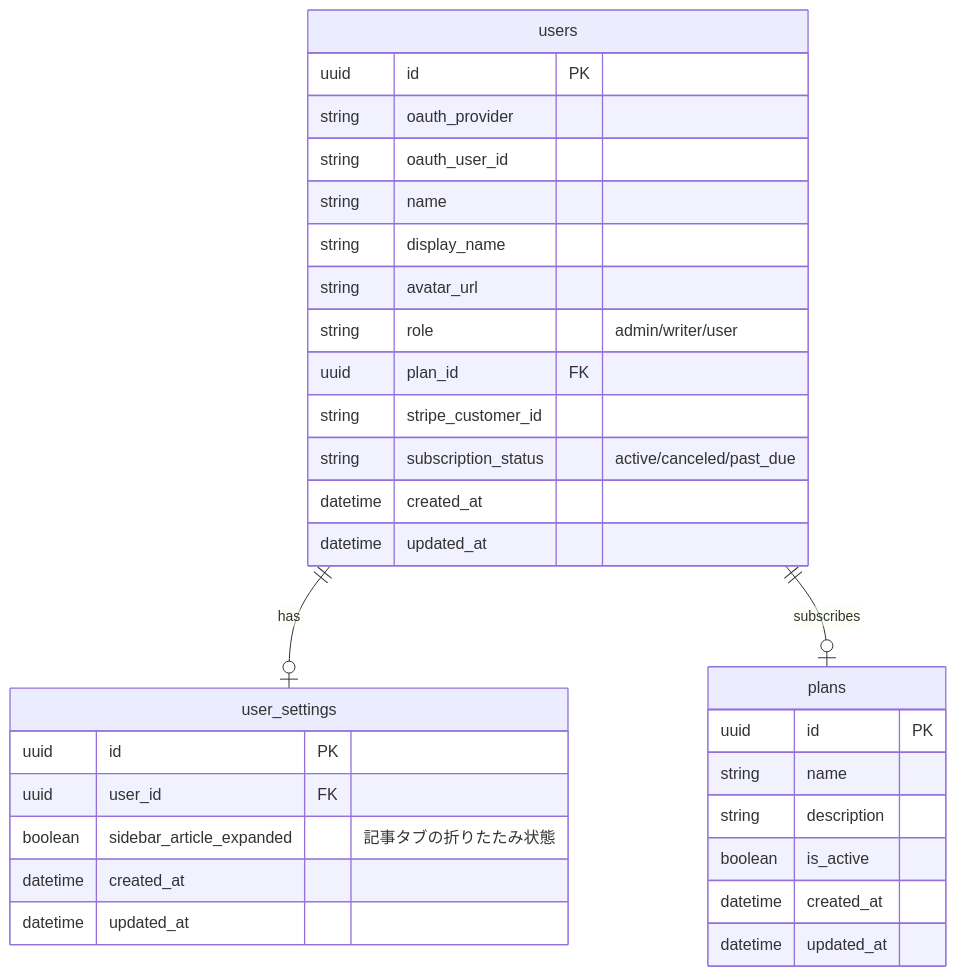
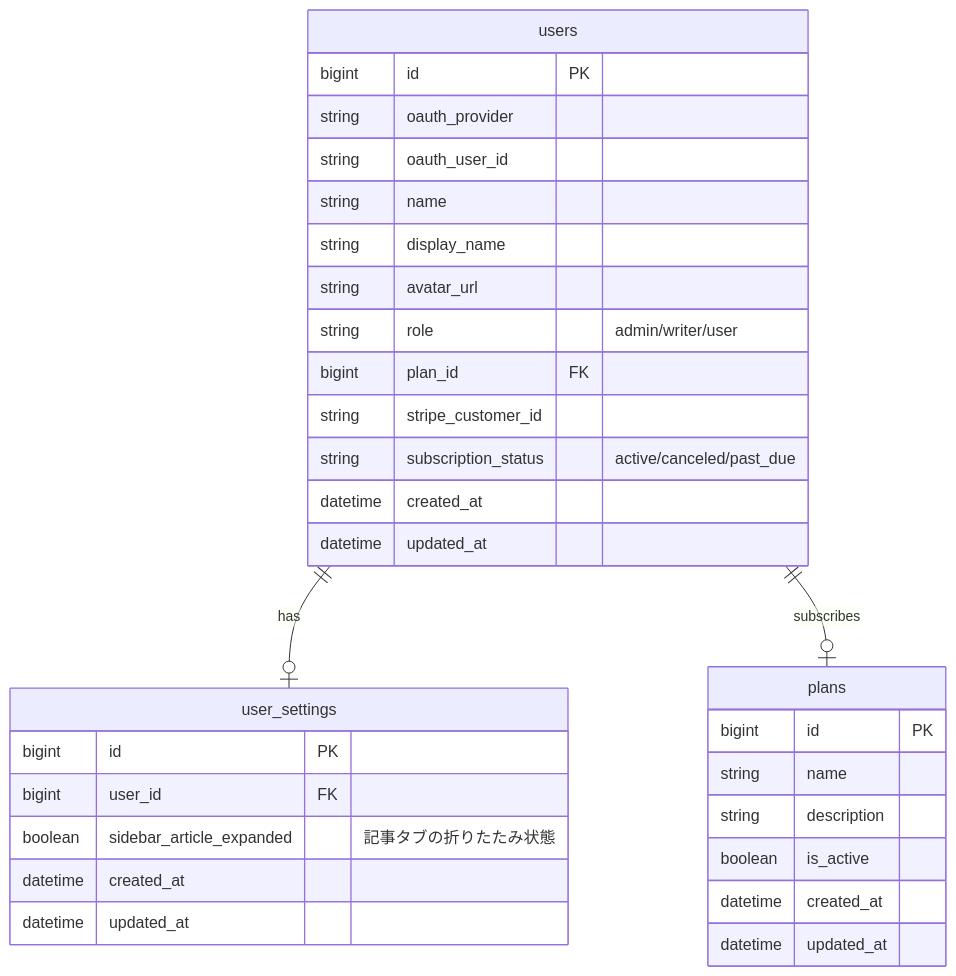
The first of 3 diagrams in docs/functions/auth/login.md (RRRRRRR-777/SikouLab), drawn with Mermaid before and after one commit. The commit also changed 19 other files, not shown here.

````diff
--- a/docs/functions/auth/login.md
+++ b/docs/functions/auth/login.md
@@ -79,38 +79,38 @@
 ```mermaid
 erDiagram
     %% 正: docs/versions/1_0_0/data-model.md
     users ||--o| user_settings : "has"
     users ||--o| plans : "subscribes"
 
     users {
-        uuid id PK
+        bigint id PK
         string oauth_provider
         string oauth_user_id
         string name
         string display_name
         string avatar_url
         string role "admin/writer/user"
-        uuid plan_id FK
+        bigint plan_id FK
         string stripe_customer_id
         string subscription_status "active/canceled/past_due"
         datetime created_at
         datetime updated_at
     }
 
     user_settings {
-        uuid id PK
-        uuid user_id FK
+        bigint id PK
+        bigint user_id FK
         boolean sidebar_article_expanded "記事タブの折りたたみ状態"
         datetime created_at
         datetime updated_at
     }
 
     plans {
-        uuid id PK
+        bigint id PK
         string name
         string description
         boolean is_active
         datetime created_at
         datetime updated_at
     }
 ```
````
